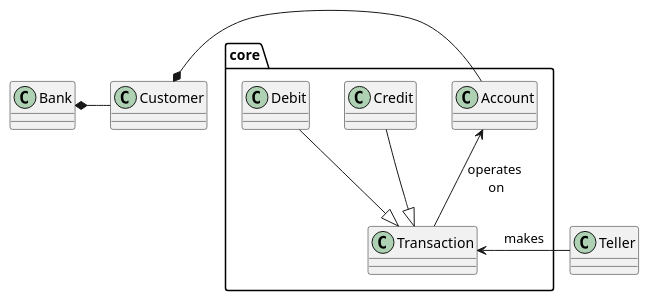
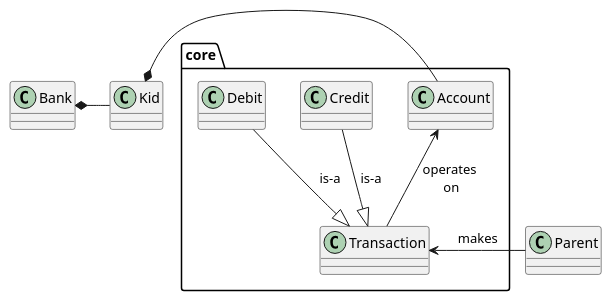
Before and after one commit to joaovicente/piggybank: the diagram in piggybank-spring-monolith/docs/domain.puml, drawn with PlantUML. The commit also changed 3 other files, not shown here.

Commit message:
updated uml to reflect current domain model and views

```diff
--- a/piggybank-spring-monolith/docs/domain.puml
+++ b/piggybank-spring-monolith/docs/domain.puml
@@ -1,22 +1,22 @@
 @startuml
 
 class Bank
-class Customer
-class Teller
+class Kid
+class Parent
 
 package core {
     class Account
     class Transaction
     class Credit
     class Debit
 }
 
-Debit --|> Transaction
-Credit --|> Transaction
+Debit --|> Transaction : is-a
+Credit --|> Transaction : is-a
 
-Bank *- Customer
-Customer *- Account
+Bank *- Kid
+Kid *- Account
 Account <-- Transaction :  operates \non
-Transaction <-right- Teller : makes
+Transaction <-right- Parent : makes
 
 @enduml
```
